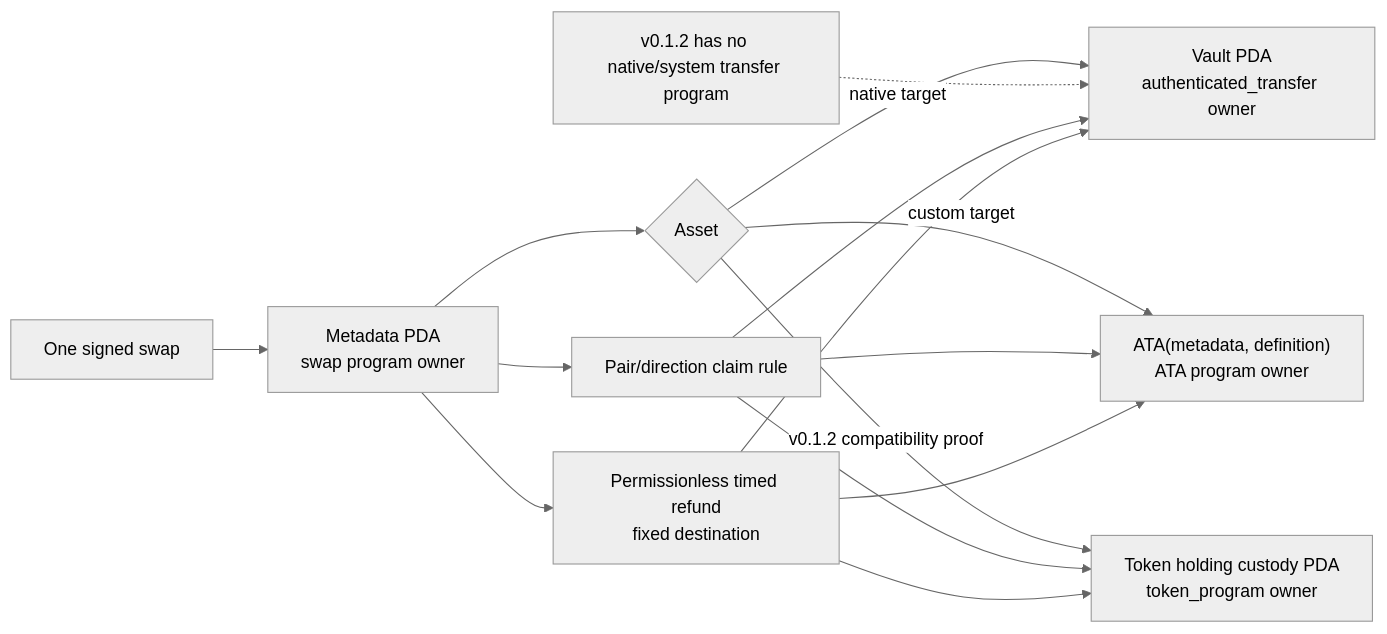
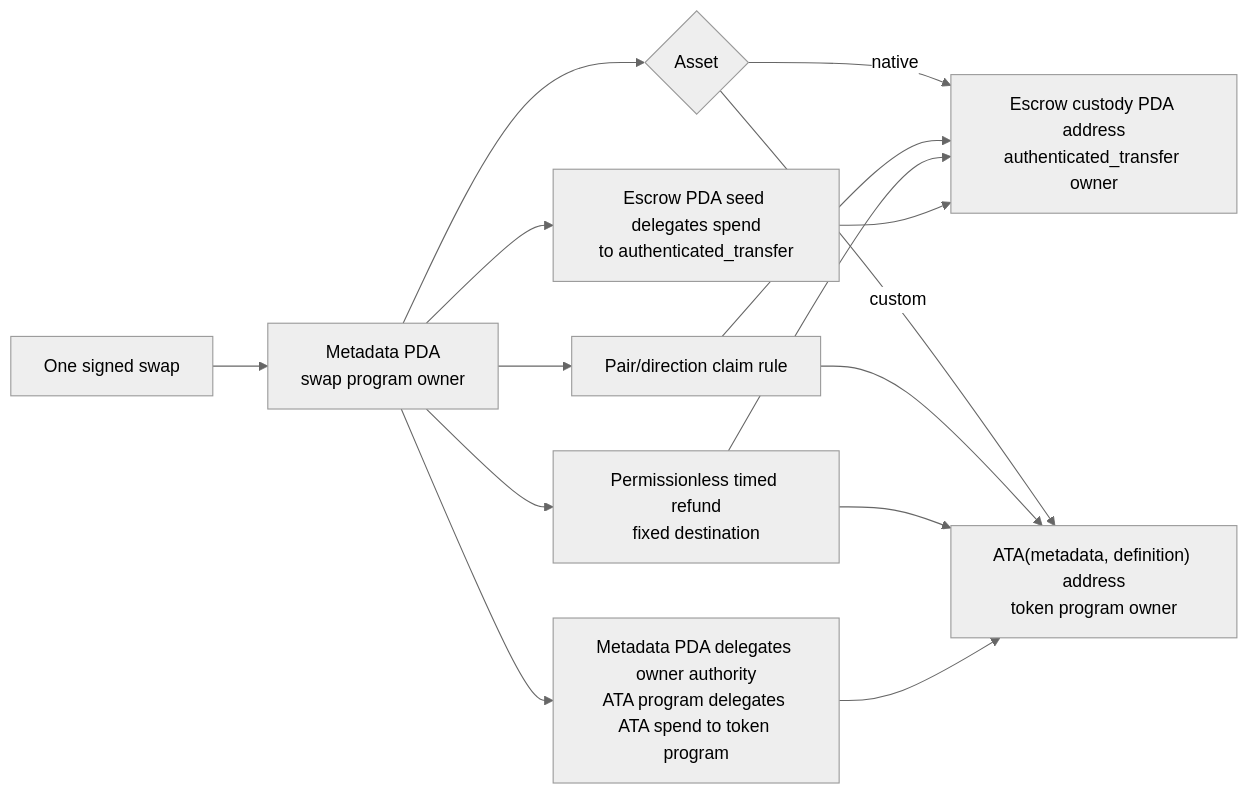
Before and after one commit to gateway-fm/lez-atomic-swaps: the diagram in docs/architecture/0012-lez-escrow-custody.md, drawn with Mermaid (neutral theme). The commit also changed other lines of this file and 8 other files, not shown here.

````diff
--- a/docs/architecture/0012-lez-escrow-custody.md
+++ b/docs/architecture/0012-lez-escrow-custody.md
@@ -5,17 +5,17 @@
 ```mermaid
 flowchart LR
     Swap["One signed swap"] --> Meta["Metadata PDA<br/>swap program owner"]
     Meta --> Asset{"Asset"}
-    Asset -->|native target| Vault["Vault PDA<br/>authenticated_transfer owner"]
-    Asset -->|custom target| ATA["ATA(metadata, definition)<br/>ATA program owner"]
-    Asset -->|v0.1.2 compatibility proof| Token["Token holding custody PDA<br/>token_program owner"]
-    Gap["v0.1.2 has no native/system transfer program"] -.-> Vault
+    Asset -->|native| Vault["Escrow custody PDA address<br/>authenticated_transfer owner"]
+    Asset -->|custom| ATA["ATA(metadata, definition) address<br/>token program owner"]
+    Meta --> NativeAuth["Escrow PDA seed delegates spend<br/>to authenticated_transfer"]
+    Meta --> AtaAuth["Metadata PDA delegates owner authority<br/>ATA program delegates ATA spend to token program"]
     Meta --> Claim["Pair/direction claim rule"]
     Meta --> Refund["Permissionless timed refund<br/>fixed destination"]
     Claim --> Vault
     Claim --> ATA
-    Claim --> Token
     Refund --> Vault
     Refund --> ATA
-    Refund --> Token
+    NativeAuth --> Vault
+    AtaAuth --> ATA
 ```
````
